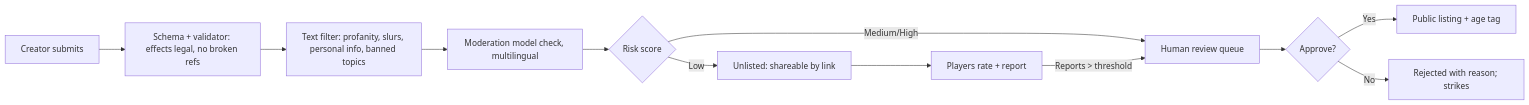
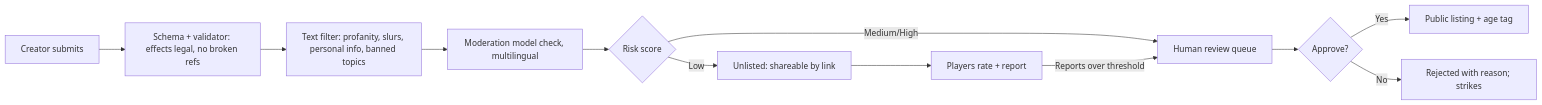
The fourth of 6 diagrams in docs/phase-1/04 App Breakdown - Social, Meta and Premium.md (ZWITG/agent-weave-workbench), drawn with Mermaid before and after one commit. The commit also changed other lines of this file and 4 other files, not shown here.

Commit message:
Add Relivable tech, compliance, GTM, roadmap and risk notes

````diff
--- a/docs/phase-1/04 App Breakdown - Social, Meta and Premium.md
+++ b/docs/phase-1/04 App Breakdown - Social, Meta and Premium.md
@@ -1201,14 +1201,14 @@
 ```mermaid
 flowchart LR
   A[Creator submits] --> B[Schema + validator: effects legal, no broken refs]
   B --> C[Text filter: profanity, slurs, personal info, banned topics]
   C --> D[Moderation model check, multilingual]
   D --> E{Risk score}
   E -- Low --> F[Unlisted: shareable by link]
   E -- Medium/High --> G[Human review queue]
   F --> H[Players rate + report]
-  H -- Reports > threshold --> G
+  H -- Reports over threshold --> G
   G --> I{Approve?}
   I -- Yes --> J[Public listing + age tag]
   I -- No --> K[Rejected with reason; strikes]
 ```
````
